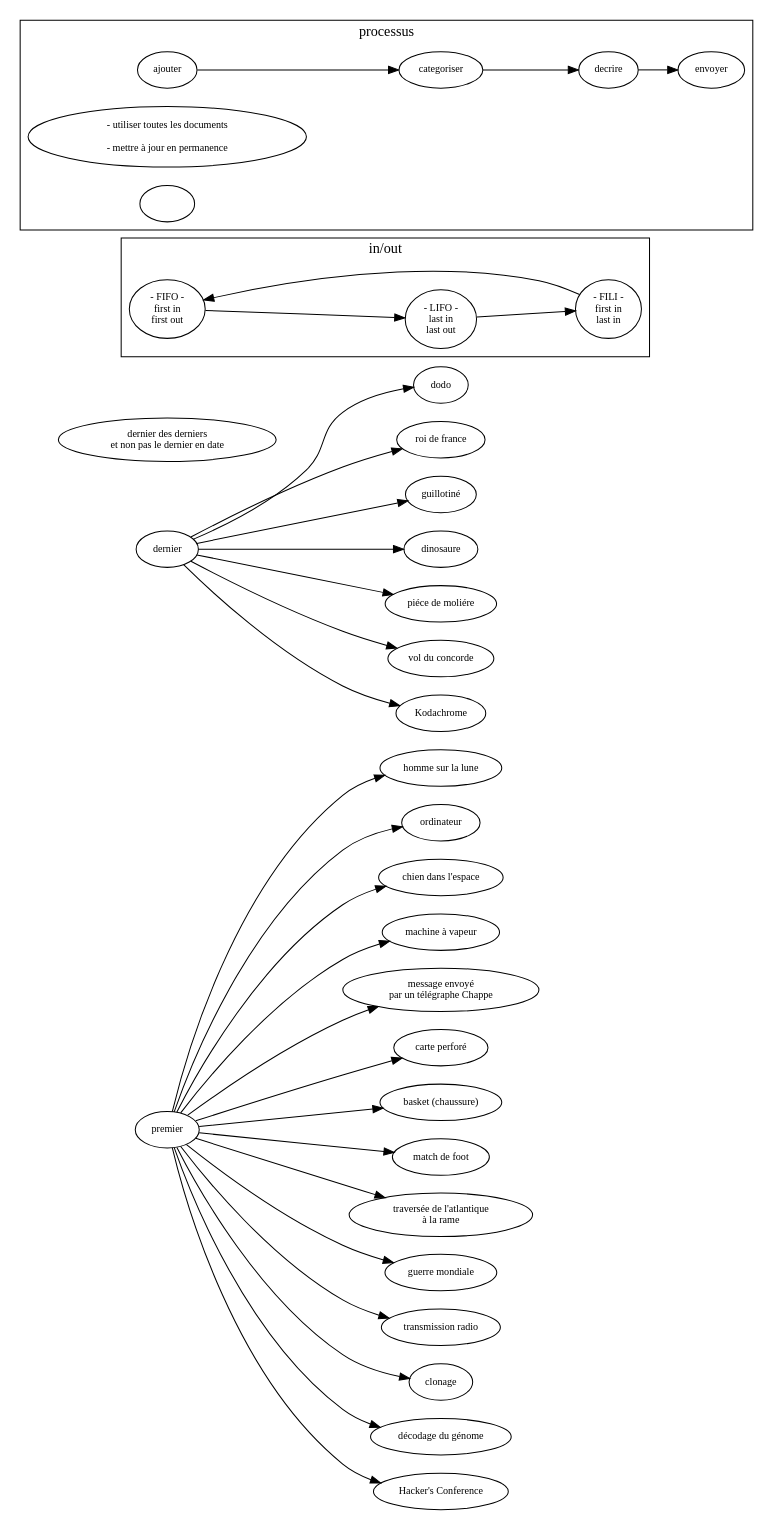
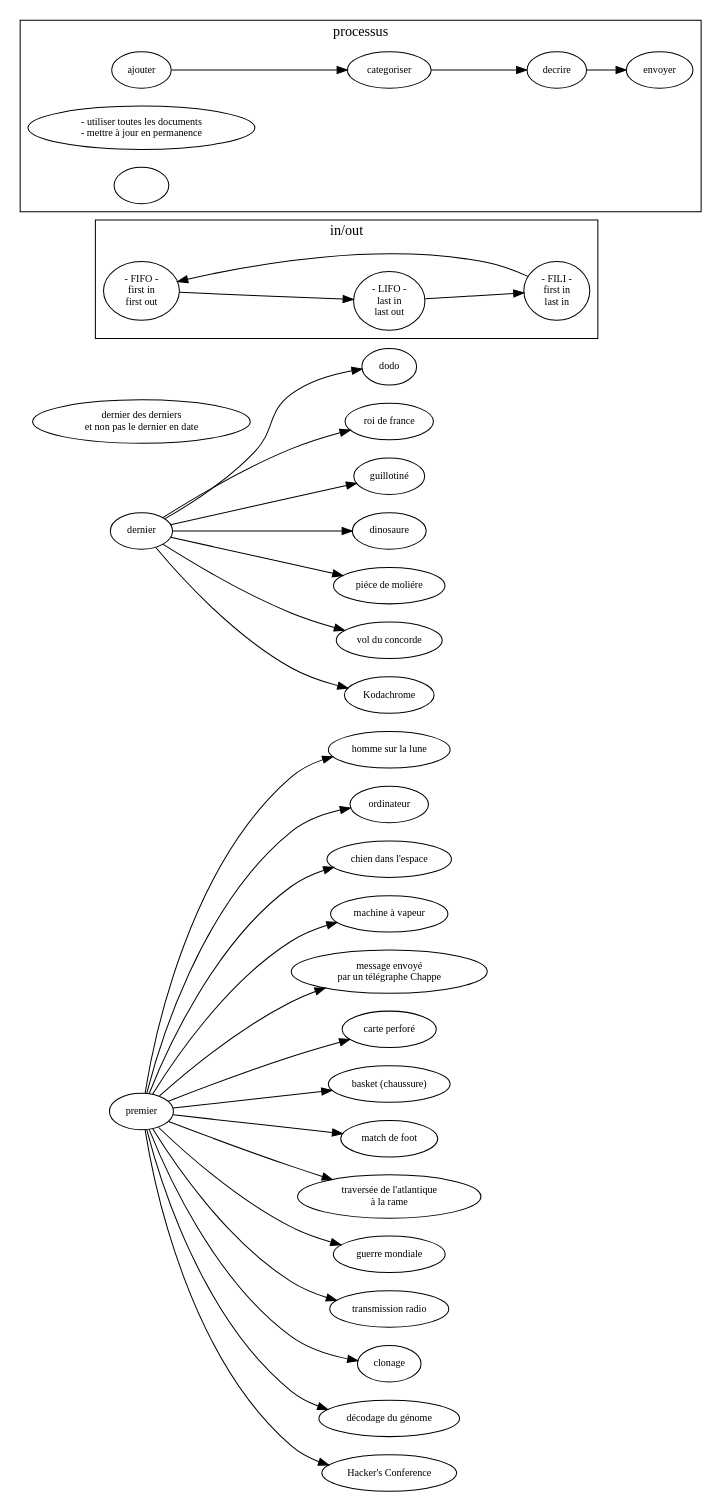
One commit to ensad-nancy/first-last changed the diagram in sujet.dot. Above: the diagram before and after it, drawn with Graphviz.

Commit message:
+		"- utiliser toutes les documents\n- mettre à jour en permanence"

```diff
--- a/sujet.dot
+++ b/sujet.dot
@@ -1,65 +1,64 @@
 digraph {
 
 	layout= "dot"
 	
 
 	fontname="myriadpro"
 	fontsize = 14
 	rankdir="LR"
 	
 	
 	node [fontname="myriadpro", fontsize = 10]
 	edge [fontname="monaco", fontsize = 9]
 	
 	first [label="premier"]
 	last [label="dernier"]
 	
 	"dernier des derniers\n et non pas le dernier en date" 
 
 	first -> "homme sur la lune"
 	first -> "ordinateur"
 	first -> "chien dans l'espace"
 	first -> "machine à vapeur"
 	first -> "message envoyé\npar un télégraphe Chappe"
 	first -> "carte perforé"
 	first -> "basket (chaussure)"
 	first -> "match de foot"
 	first -> "traversée de l'atlantique\nà la rame"
 	first -> "guerre mondiale"
 	first -> "transmission radio"
 	first -> "clonage"
 	first -> "décodage du génome"
 	first -> "Hacker's Conference"
 	
 	last -> dodo
 	last -> "roi de france"
 	last -> "guillotiné"
 	last -> "dinosaure"
 	last -> "piéce de moliére"
 	last -> "vol du concorde"
 	last -> "Kodachrome"
 
 	subgraph cluster_FO{
 	
 		label="in/out"
 		
 		FIFO [label="- FIFO -\nfirst in\nfirst out"]
 		LIFO [label="- LIFO -\nlast in\nlast out"]
 		FILI [label="- FILI -\nfirst in\n last in"]
 
 		FILI -> FIFO -> LIFO -> FILI
 	}
 	
 	subgraph cluster_process {
 		
 		label="processus"
 		
 		//get [label="récolter"]
 		
 		ajouter -> categoriser -> decrire -> envoyer
 		
-		"- utiliser toutes les documents\n
-		- mettre à jour en permanence"
+		"- utiliser toutes les documents\n- mettre à jour en permanence"
 		""
 	}
 }
```
